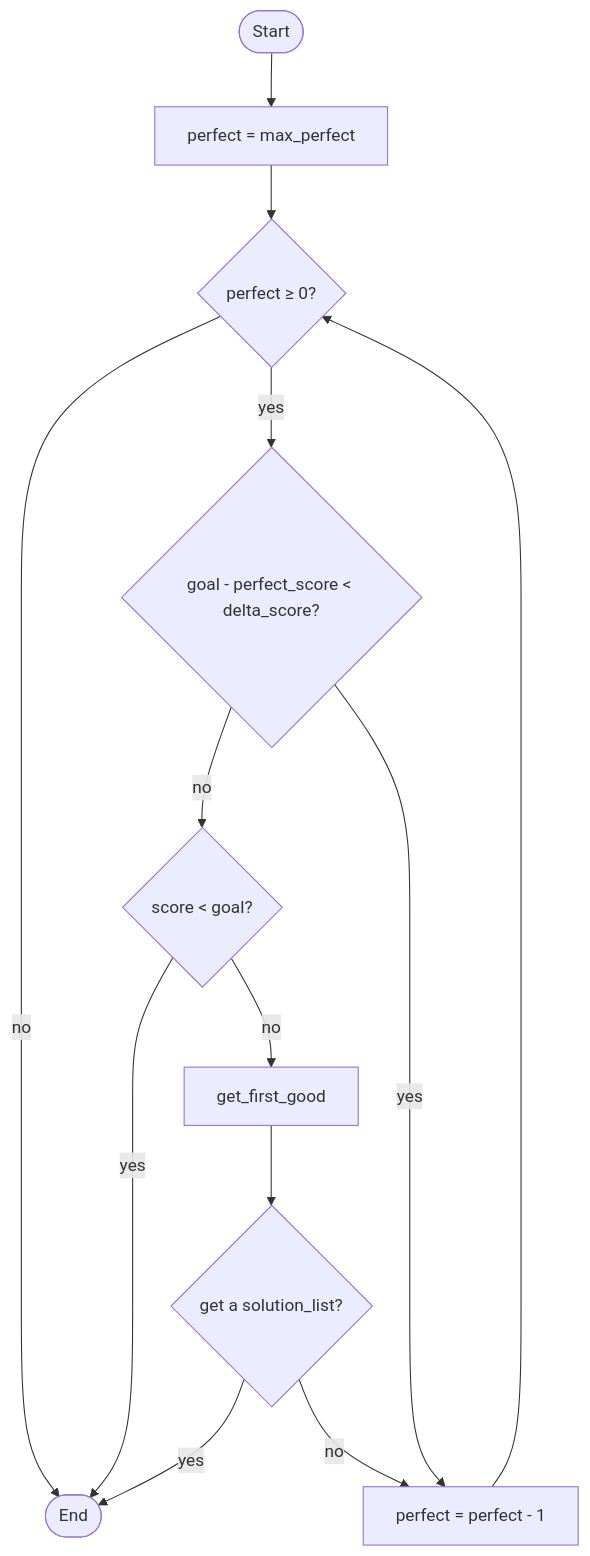
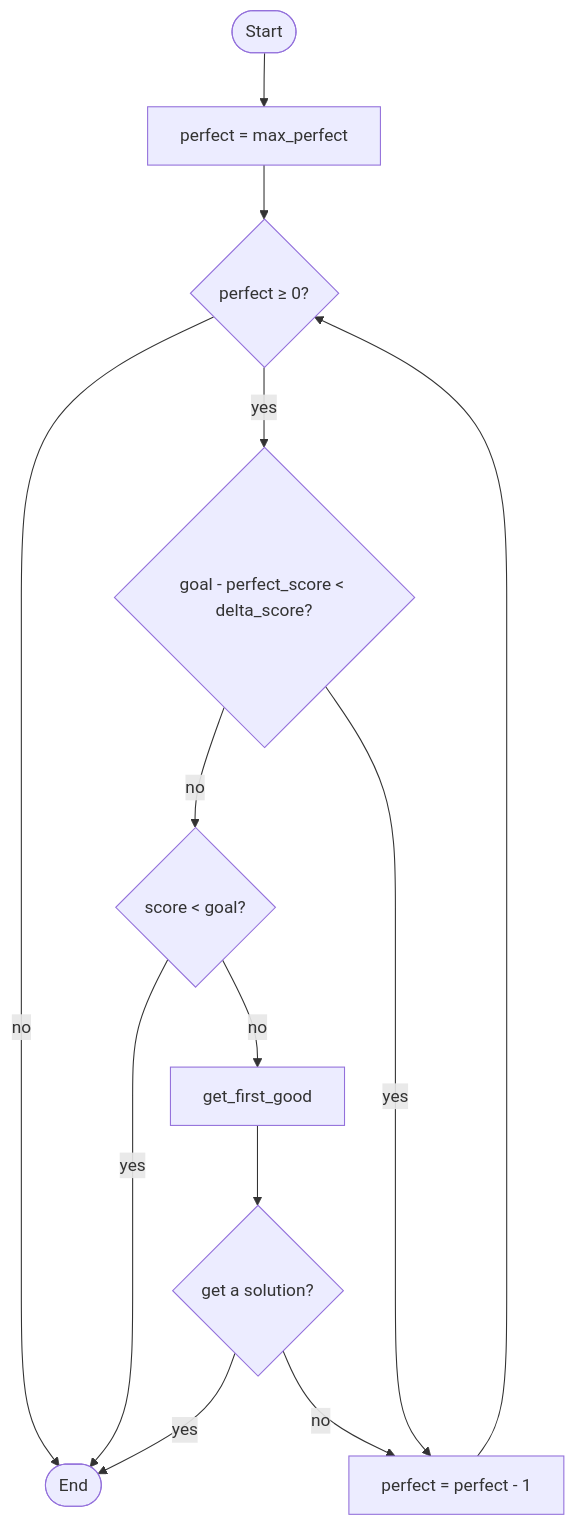
One commit to Destruction321/PhigrosScoreCalculator changed the first of 4 diagrams in README.md. Above: the diagram before and after it, drawn with Mermaid. The commit also changed other lines of this file, not shown here.

````diff
--- a/README.md
+++ b/README.md
@@ -233,23 +233,23 @@
             ```mermaid
             graph TD
                 Start([Start])
                 init_perfect[perfect = max_perfect]
                 check_perfect{perfect ≥ 0?}
                 check_max_score{goal - perfect_score < delta_score?}
                 check_min_score{score < goal?}
                 get_first_good[get_first_good]
-                get_solutions_list{get a solution_list?}
+                get_solutions{get a solution?}
                 set_perfect[perfect = perfect - 1]
                 End([End])
 
                 Start --> init_perfect --> check_perfect
                 check_perfect -- no --> End
                 check_perfect -- yes --> check_max_score
                 check_max_score -- no --> check_min_score
                 check_max_score -- yes --> set_perfect
                 check_min_score -- yes --> End
-                check_min_score -- no --> get_first_good --> get_solutions_list
-                get_solutions_list -- yes --> End
-                get_solutions_list -- no --> set_perfect
+                check_min_score -- no --> get_first_good --> get_solutions
+                get_solutions -- yes --> End
+                get_solutions -- no --> set_perfect
                 set_perfect --> check_perfect
             ```
````
